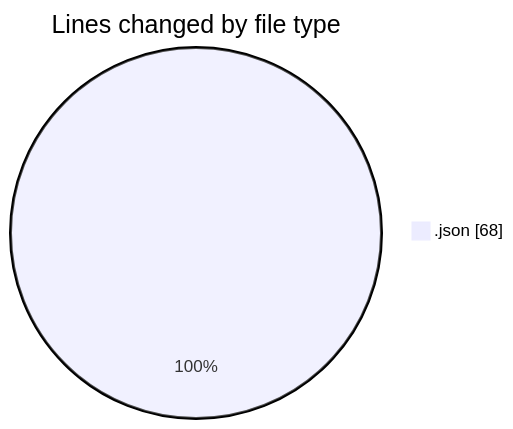
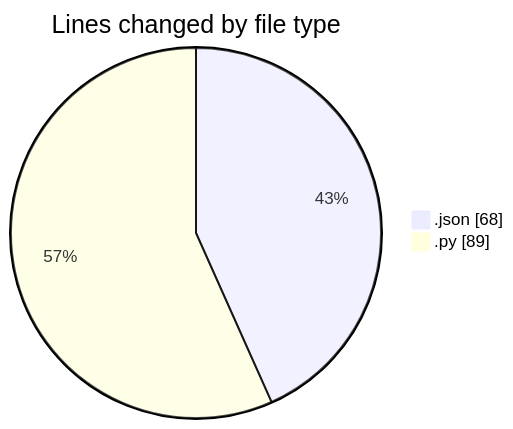
The first of 2 diagrams in 2025-01-26/samplepdf/README.md (momahboobian/code-tracking), drawn with Mermaid before and after one commit. The commit also changed other lines of this file and 1 other file, not shown here.

````diff
--- a/2025-01-26/samplepdf/README.md
+++ b/2025-01-26/samplepdf/README.md
@@ -20,5 +21,6 @@
 ```mermaid
 pie showData
 title Lines changed by file type
 ".json" : 68
+".py" : 89
 ```
````
